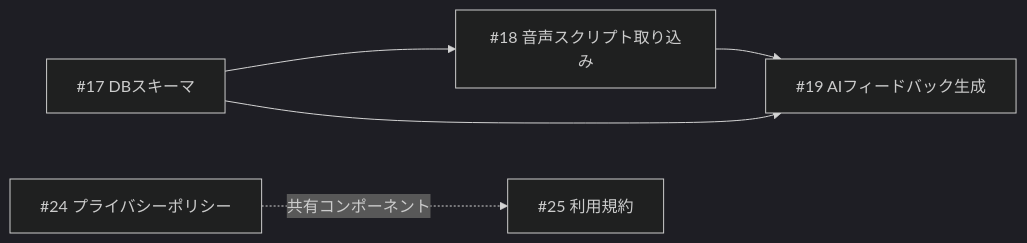
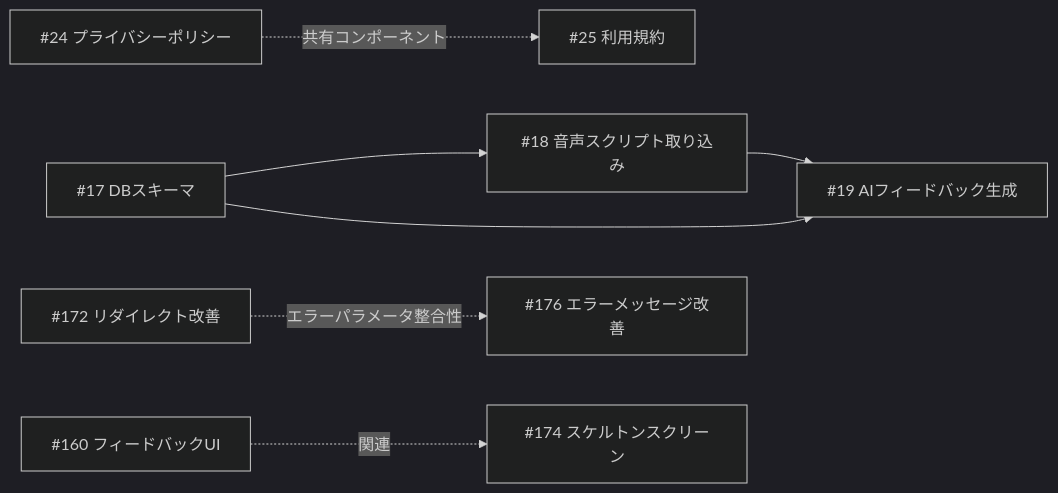
The diagram in docs/specs/README.md (aya-kurabuchi115/interview-feedback-app), drawn with Mermaid (dark theme) before and after one commit. The commit also changed other lines of this file and 5 other files, not shown here.

````diff
--- a/docs/specs/README.md
+++ b/docs/specs/README.md
@@ -25,7 +35,9 @@
 ```mermaid
 graph LR
     A["#17 DBスキーマ"] --> B["#18 音声スクリプト取り込み"]
     A --> C["#19 AIフィードバック生成"]
     B --> C
     D["#24 プライバシーポリシー"] -.共有コンポーネント.-> E["#25 利用規約"]
+    F["#172 リダイレクト改善"] -.エラーパラメータ整合性.-> G["#176 エラーメッセージ改善"]
+    H["#160 フィードバックUI"] -.関連.-> I["#174 スケルトンスクリーン"]
 ```
````
